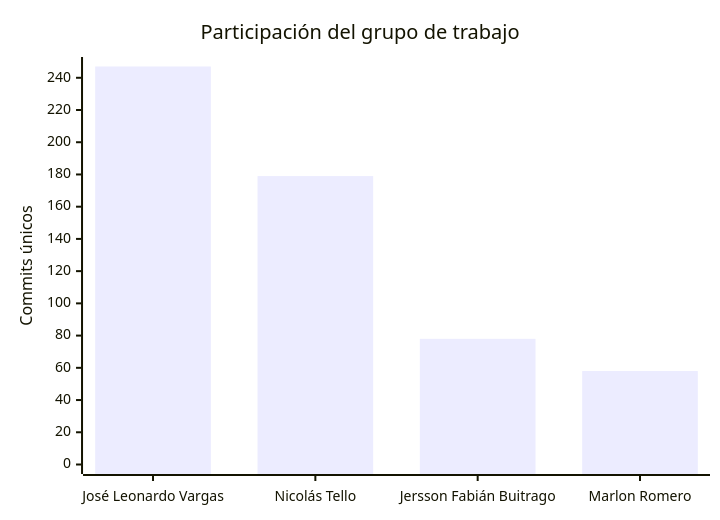
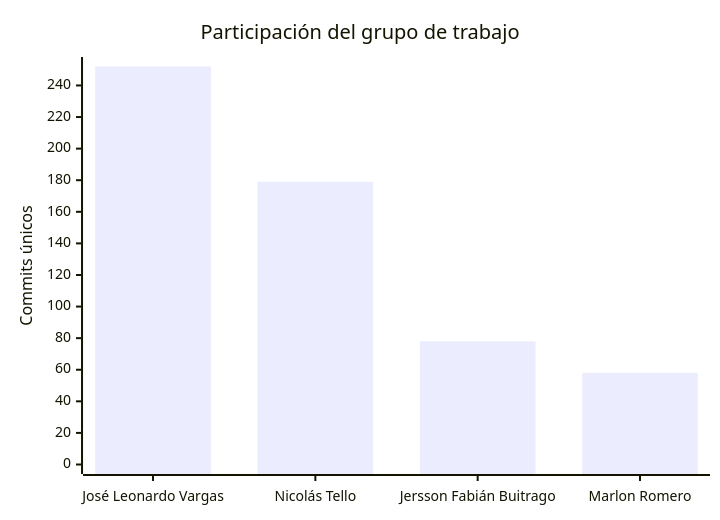
Before and after one commit to FarmaExpres/FarmaExpres: the second of 2 diagrams in README.md, drawn with Mermaid. The commit also changed other lines of this file and 1 other file, not shown here.

````diff
--- a/README.md
+++ b/README.md
@@ -401,7 +401,7 @@
 ```mermaid
 xychart-beta
     title "Participación del grupo de trabajo"
     x-axis ["José Leonardo Vargas", "Nicolás Tello", "Jersson Fabián Buitrago", "Marlon Romero"]
-    y-axis "Commits únicos" 0 --> 247
-    bar [247, 179, 78, 58]
+    y-axis "Commits únicos" 0 --> 252
+    bar [252, 179, 78, 58]
 ```
````
